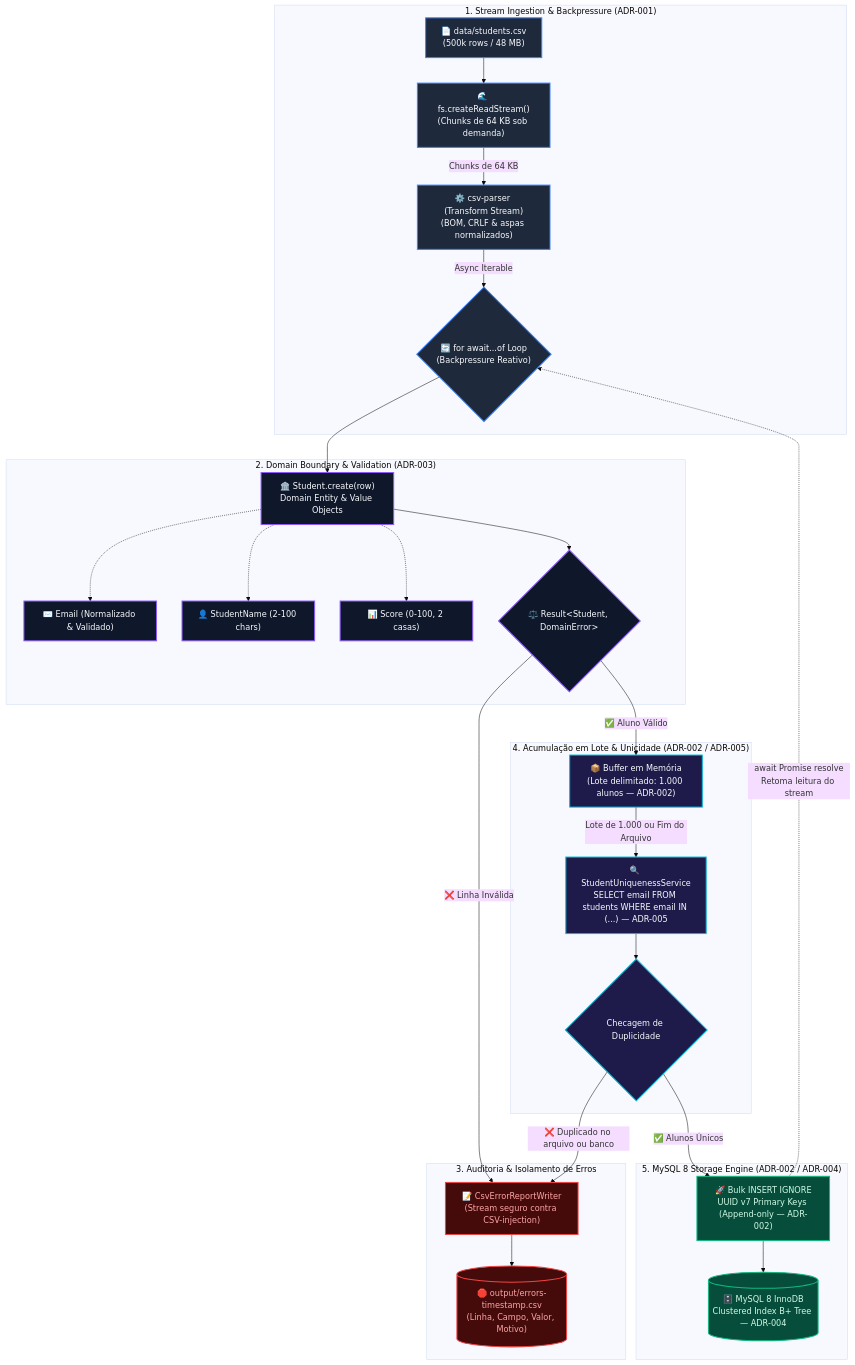
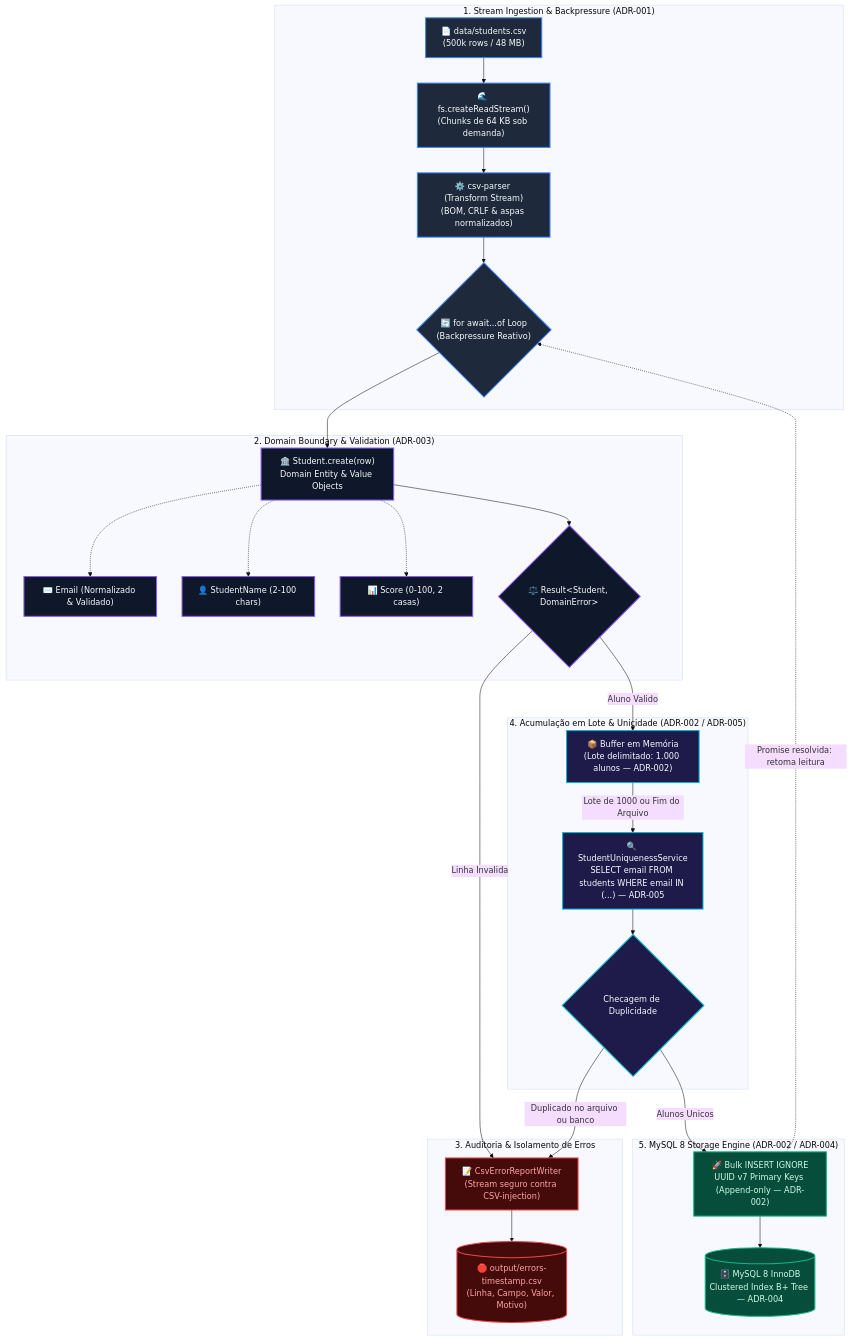
The first of 3 diagrams in docs/architecture.md (HuggsF/csv-stream-importer), drawn with Mermaid (base theme) before and after one commit. The commit also changed 1 other file, not shown here.

Commit message:
fix(docs): sanitize mermaid edge syntax to prevent github render parse error

````diff
--- a/docs/architecture.md
+++ b/docs/architecture.md
@@ -11,65 +11,65 @@
 ```mermaid
 flowchart TD
     subgraph INGESTION["1. Stream Ingestion & Backpressure (ADR-001)"]
         CSV["📄 data/students.csv<br/>(500k rows / 48 MB)"]
         FS["🌊 fs.createReadStream()<br/>(Chunks de 64 KB sob demanda)"]
         PARSER["⚙️ csv-parser (Transform Stream)<br/>(BOM, CRLF & aspas normalizados)"]
         LOOP{"🔄 for await...of Loop<br/>(Backpressure Reativo)"}
     end
 
     subgraph DOMAIN["2. Domain Boundary & Validation (ADR-003)"]
         CREATE["🏛️ Student.create(row)<br/>Domain Entity & Value Objects"]
         VO_EMAIL["✉️ Email (Normalizado & Validado)"]
         VO_NAME["👤 StudentName (2-100 chars)"]
         VO_SCORE["📊 Score (0-100, 2 casas)"]
         RESULT{"⚖️ Result&lt;Student, DomainError&gt;"}
     end
 
     subgraph ERROR_PIPELINE["3. Auditoria & Isolamento de Erros"]
         ERR_WRITER["📝 CsvErrorReportWriter<br/>(Stream seguro contra CSV-injection)"]
         ERR_FILE[("🛑 output/errors-timestamp.csv<br/>(Linha, Campo, Valor, Motivo)")]
     end
 
     subgraph BATCHING["4. Acumulação em Lote & Unicidade (ADR-002 / ADR-005)"]
         BUFFER["📦 Buffer em Memória<br/>(Lote delimitado: 1.000 alunos — ADR-002)"]
         UNIQ["🔍 StudentUniquenessService<br/>SELECT email FROM students WHERE email IN (...) — ADR-005"]
         SPLIT{"Checagem de Duplicidade"}
     end
 
     subgraph PERSISTENCE["5. MySQL 8 Storage Engine (ADR-002 / ADR-004)"]
         BULK["🚀 Bulk INSERT IGNORE<br/>UUID v7 Primary Keys (Append-only — ADR-002)"]
         INNODB[("🗄️ MySQL 8 InnoDB<br/>Clustered Index B+ Tree — ADR-004")]
     end
 
     CSV --> FS
-    FS -->|Chunks de 64 KB| PARSER
-    PARSER -->|Async Iterable| LOOP
+    FS --> PARSER
+    PARSER --> LOOP
     LOOP --> CREATE
     CREATE -.-> VO_EMAIL & VO_NAME & VO_SCORE
     CREATE --> RESULT
 
-    RESULT -->|❌ Linha Inválida| ERR_WRITER
+    RESULT -->|Linha Invalida| ERR_WRITER
     ERR_WRITER --> ERR_FILE
 
-    RESULT -->|✅ Aluno Válido| BUFFER
-    BUFFER -->|Lote de 1.000 ou Fim do Arquivo| UNIQ
+    RESULT -->|Aluno Valido| BUFFER
+    BUFFER -->|Lote de 1000 ou Fim do Arquivo| UNIQ
     UNIQ --> SPLIT
 
-    SPLIT -->|❌ Duplicado no arquivo ou banco| ERR_WRITER
-    SPLIT -->|✅ Alunos Únicos| BULK
+    SPLIT -->|Duplicado no arquivo ou banco| ERR_WRITER
+    SPLIT -->|Alunos Unicos| BULK
     BULK --> INNODB
 
-    BULK -.->|await Promise resolve<br/>Retoma leitura do stream| LOOP
+    BULK -.->|Promise resolvida: retoma leitura| LOOP
 
     classDef source fill:#1e293b,stroke:#3b82f6,stroke-width:2px,color:#f8fafc;
     classDef domain fill:#0f172a,stroke:#8b5cf6,stroke-width:2px,color:#f8fafc;
     classDef error fill:#450a0a,stroke:#ef4444,stroke-width:2px,color:#fca5a5;
     classDef batch fill:#1e1b4b,stroke:#06b6d4,stroke-width:2px,color:#f8fafc;
     classDef storage fill:#064e3b,stroke:#10b981,stroke-width:2px,color:#d1fae5;
 
     class CSV,FS,PARSER,LOOP source;
     class CREATE,VO_EMAIL,VO_NAME,VO_SCORE,RESULT domain;
     class ERR_WRITER,ERR_FILE error;
     class BUFFER,UNIQ,SPLIT batch;
     class BULK,INNODB storage;
 ```
````
